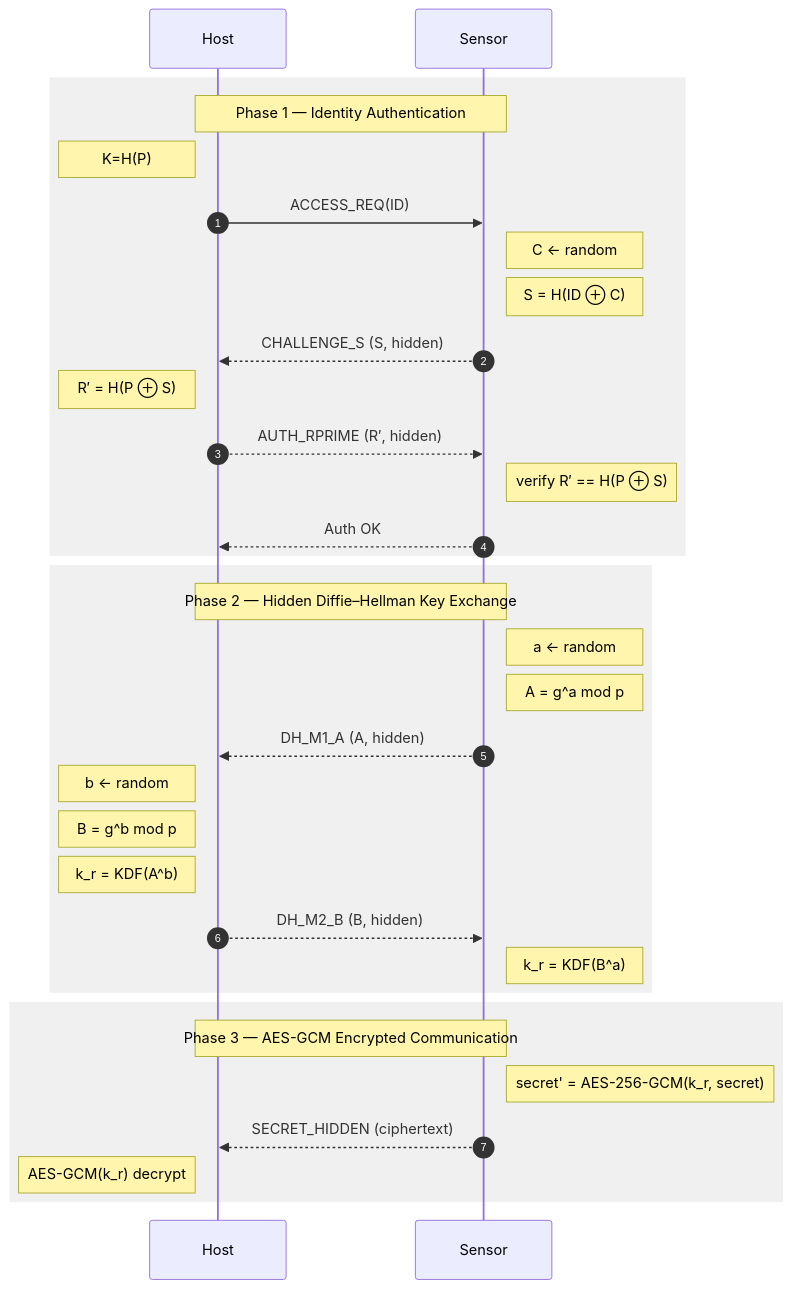
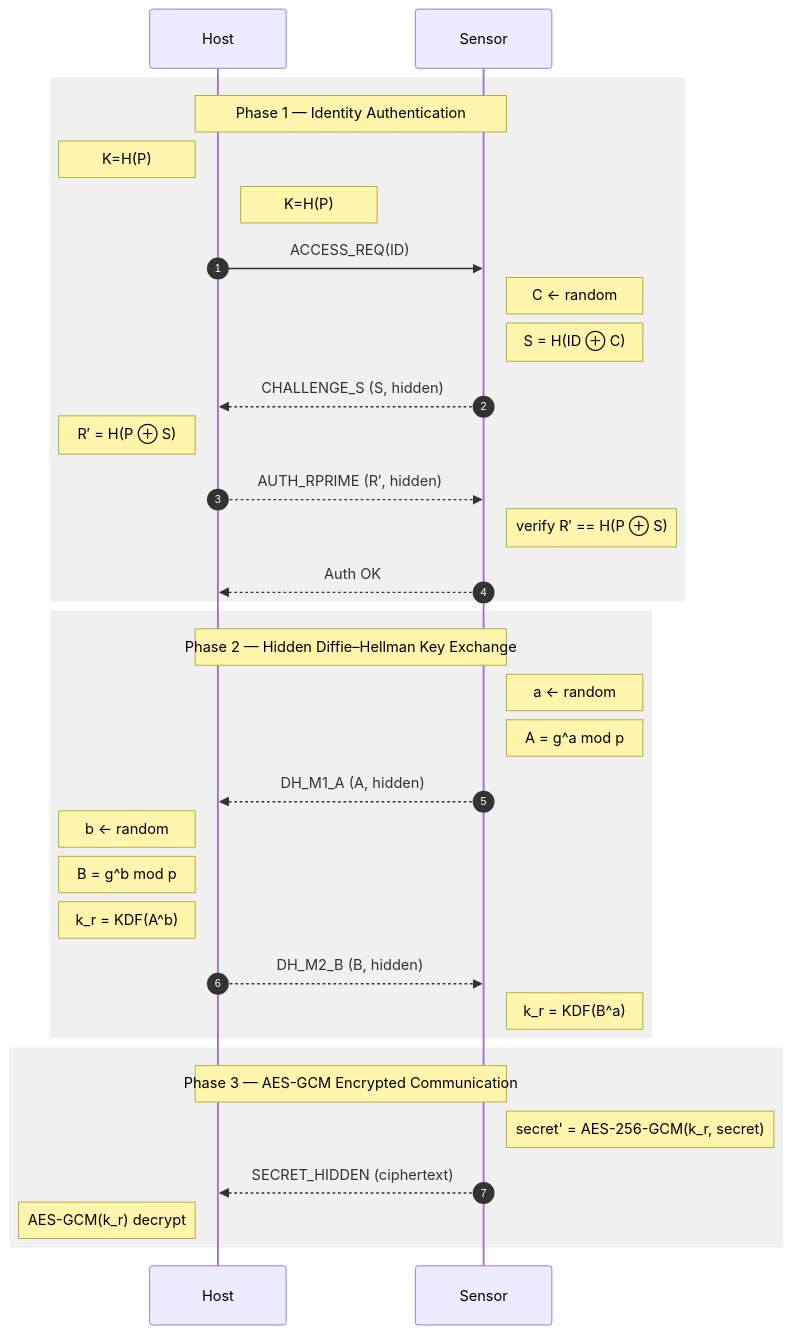
One commit to TracerWWW/iodraw-files changed the diagram in all/KR.md. Above: the diagram before and after it, drawn with Mermaid.

Commit message:
2026-02-06 00:38:34 update

````diff
--- a/all/KR.md
+++ b/all/KR.md
@@ -1,62 +1,63 @@
 ```mermaid
 sequenceDiagram
     autonumber
     participant Host
     participant Sensor
 
     %% =========================
     %% Phase 1: Identity Authentication
     %% =========================
     rect rgb(240,240,240)
     Note over Host,Sensor: Phase 1 — Identity Authentication
 
     Note left of Host: K=H(P)
+    Note right of Host: K=H(P)
 
     Host->>Sensor: ACCESS_REQ(ID)
 
     Note right of Sensor: C ← random
     Note right of Sensor: S = H(ID ⊕ C)
 
     Sensor-->>Host: CHALLENGE_S (S, hidden)
 
     Note left of Host: R′ = H(P ⊕ S)
 
     Host-->>Sensor: AUTH_RPRIME (R′, hidden)
 
     Note right of Sensor: verify R′ == H(P ⊕ S)
     Sensor-->>Host: Auth OK
     end
 
     %% =========================
     %% Phase 2: DH Key Exchange
     %% =========================
     rect rgb(240,240,240)
     Note over Host,Sensor: Phase 2 — Hidden Diffie–Hellman Key Exchange
 
     Note right of Sensor: a ← random
     Note right of Sensor: A = g^a mod p
 
     Sensor-->>Host: DH_M1_A (A, hidden)
 
     Note left of Host: b ← random
     Note left of Host: B = g^b mod p
     Note left of Host: k_r = KDF(A^b)
 
     Host-->>Sensor: DH_M2_B (B, hidden)
 
     Note right of Sensor: k_r = KDF(B^a)
     end
 
     %% =========================
     %% Phase 3: Secure Communication
     %% =========================
     rect rgb(240,240,240)
     Note over Host,Sensor: Phase 3 — AES-GCM Encrypted Communication
 
     Note right of Sensor: secret' = AES-256-GCM(k_r, secret)
 
     Sensor-->>Host: SECRET_HIDDEN (ciphertext)
 
     Note left of Host: AES-GCM(k_r) decrypt
     end
 ```
````
